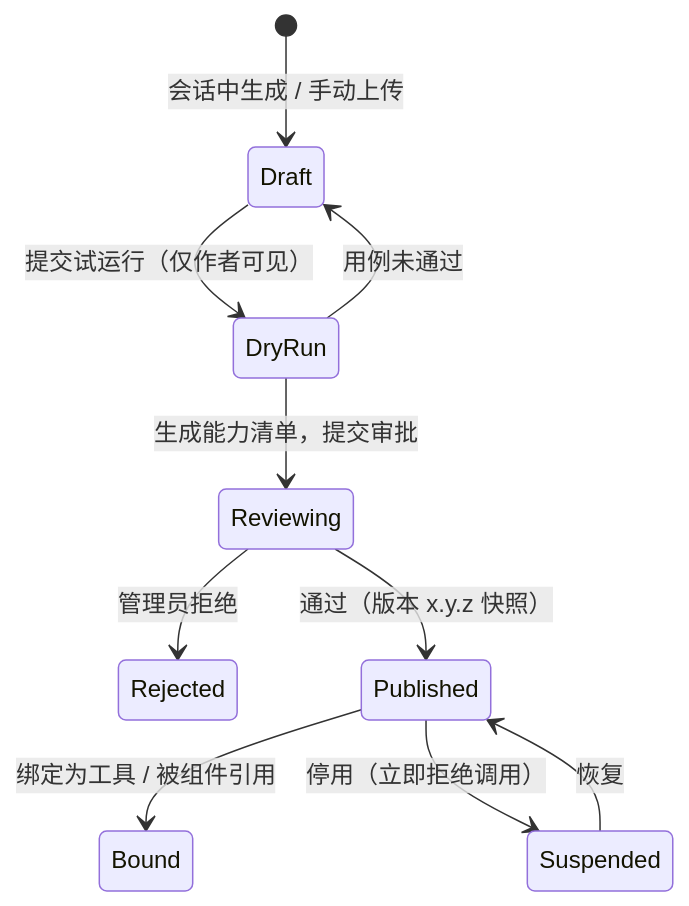
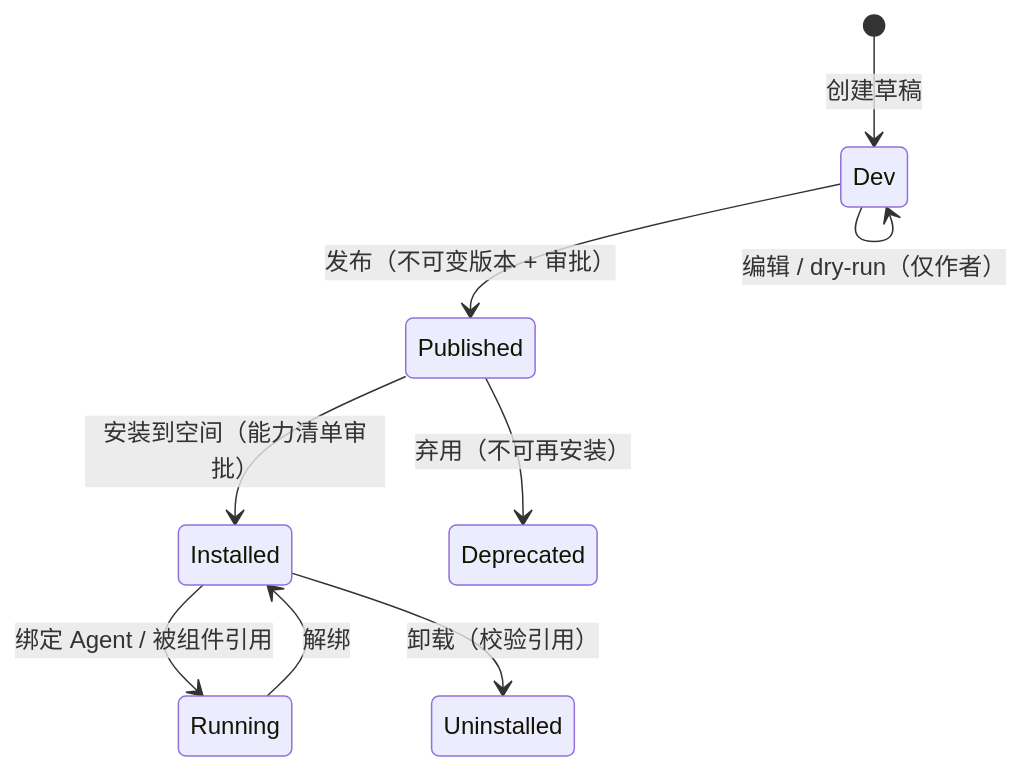
The diagram in docs/插件体系设计.md (wenshin/workagent), drawn with Mermaid before and after one commit. The commit also changed other lines of this file and 1 other file, not shown here.

````diff
--- a/docs/插件体系设计.md
+++ b/docs/插件体系设计.md
@@ -184,12 +228,11 @@
 ```mermaid
 stateDiagram-v2
-    [*] --> Draft: 会话中生成 / 手动上传
-    Draft --> DryRun: 提交试运行（仅作者可见）
-    DryRun --> Draft: 用例未通过
-    DryRun --> Reviewing: 生成能力清单，提交审批
-    Reviewing --> Rejected: 管理员拒绝
-    Reviewing --> Published: 通过（版本 x.y.z 快照）
-    Published --> Bound: 绑定为工具 / 被组件引用
-    Published --> Suspended: 停用（立即拒绝调用）
-    Suspended --> Published: 恢复
+    [*] --> Dev: 创建草稿
+    Dev --> Dev: 编辑 / dry-run（仅作者）
+    Dev --> Published: 发布（不可变版本 + 审批）
+    Published --> Installed: 安装到空间（能力清单审批）
+    Installed --> Running: 绑定 Agent / 被组件引用
+    Running --> Installed: 解绑
+    Installed --> Uninstalled: 卸载（校验引用）
+    Published --> Deprecated: 弃用（不可再安装）
 ```
````
